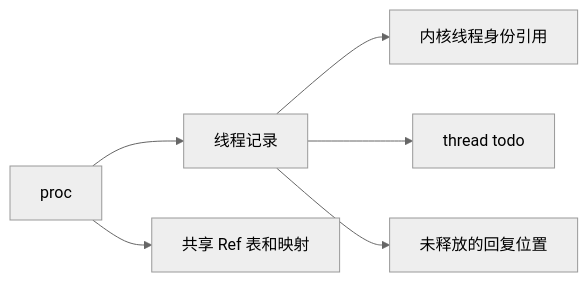
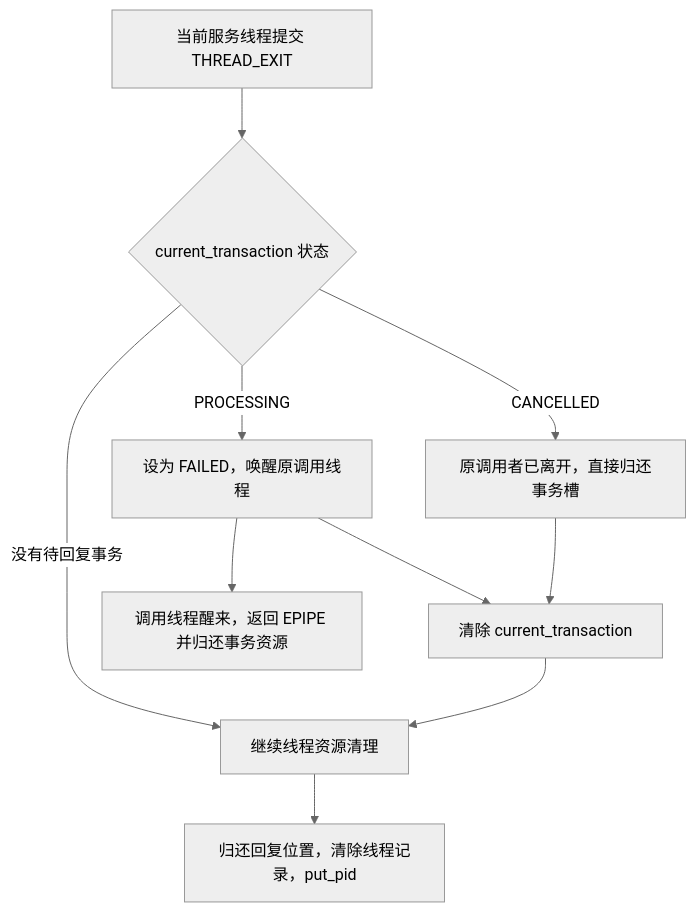
One commit to kobewang126/BinderABC-V3 changed the diagram in docs/05-threading/5.3-thread-exit.md. Above: the diagram before and after it, drawn with Mermaid (neutral theme). The commit also changed other lines of this file and 158 other files, not shown here.

````diff
--- a/docs/05-threading/5.3-thread-exit.md
+++ b/docs/05-threading/5.3-thread-exit.md
@@ -13,8 +13,12 @@
 ```mermaid
-flowchart LR
-    P[proc] --> T[线程记录]
-    T --> I[内核线程身份引用]
-    T --> Q[thread todo]
-    T --> R[未释放的回复位置]
-    P --> F[共享 Ref 表和映射]
+flowchart TD
+    A[当前服务线程提交 THREAD_EXIT] --> B{current_transaction 状态}
+    B -->|PROCESSING| C[设为 FAILED，唤醒原调用线程]
+    B -->|CANCELLED| D[原调用者已离开，直接归还事务槽]
+    B -->|没有待回复事务| E[继续线程资源清理]
+    C --> F[清除 current_transaction]
+    D --> F
+    F --> E
+    E --> G[归还回复位置，清除线程记录，put_pid]
+    C --> H[调用线程醒来，返回 EPIPE 并归还事务资源]
 ```
````
